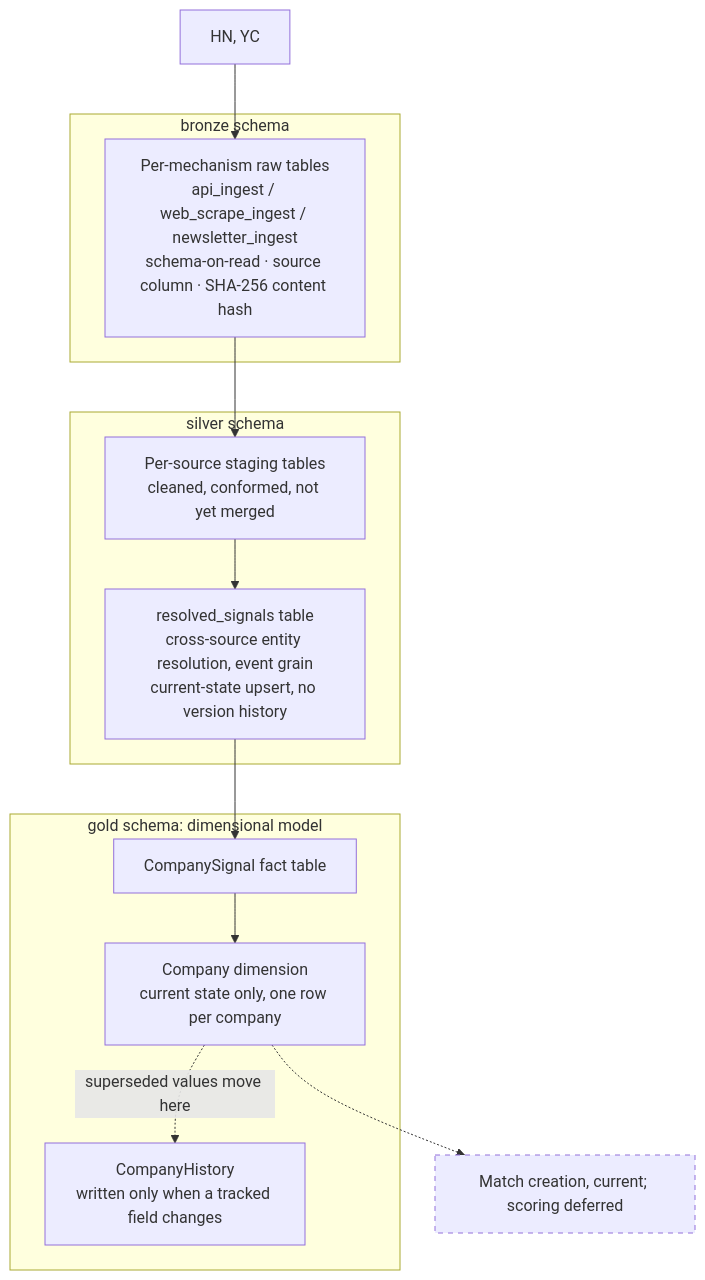
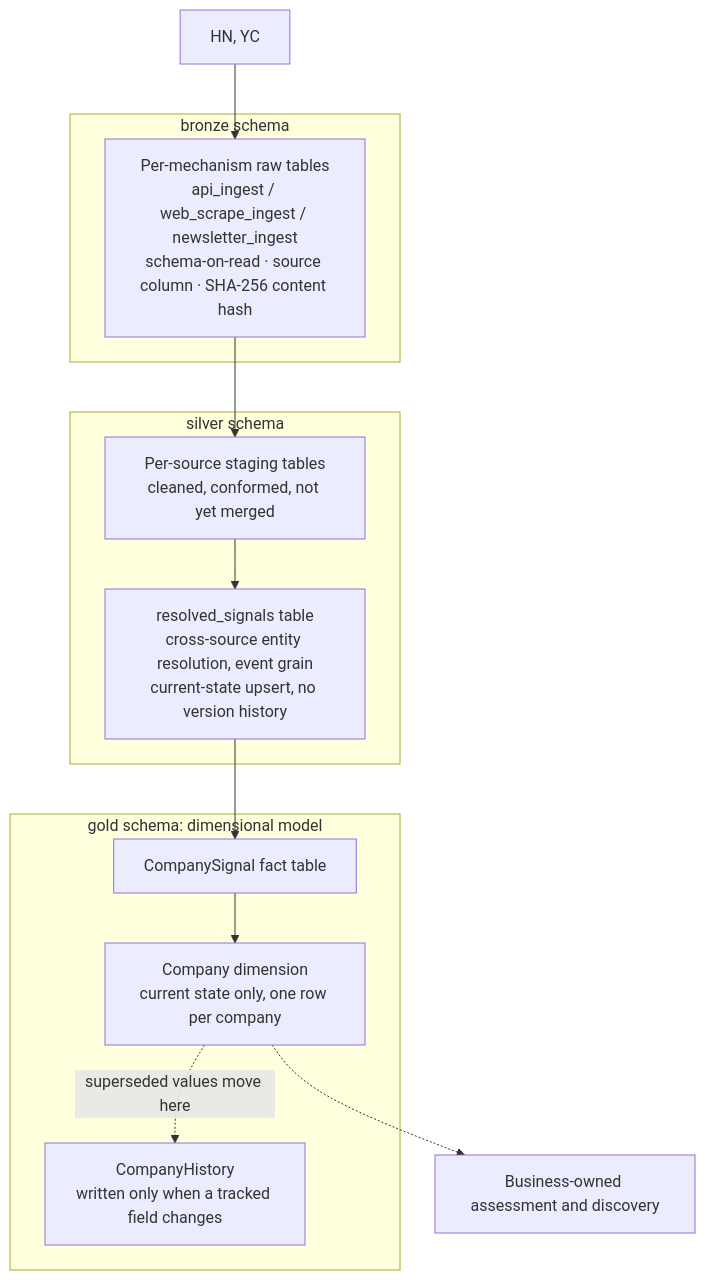
One commit to KhaledAwashreh/Huginn changed the second of 4 diagrams in docs/architecture.md. Above: the diagram before and after it, drawn with Mermaid. The commit also changed other lines of this file and 653 other files, not shown here.

````diff
--- a/docs/architecture.md
+++ b/docs/architecture.md
@@ -105,31 +106,29 @@
 ```mermaid
 flowchart TB
     SRC["HN, YC"]
 
     subgraph BRONZE["bronze schema"]
         BR["Per-mechanism raw tables<br/>api_ingest / web_scrape_ingest / newsletter_ingest<br/>schema-on-read · source column · SHA-256 content hash"]
     end
 
     subgraph SILVER["silver schema"]
         SS["Per-source staging tables<br/>cleaned, conformed, not yet merged"]
         SR["resolved_signals table<br/>cross-source entity resolution, event grain<br/>current-state upsert, no version history"]
         SS --> SR
     end
 
     subgraph GOLD["gold schema: dimensional model"]
         GD["Company dimension<br/>current state only, one row per company"]
         GH["CompanyHistory<br/>written only when a tracked field changes"]
         GF["CompanySignal fact table"]
         GF --> GD
         GD -.->|"superseded values move here"| GH
     end
 
-    MATCH["Match creation, current; scoring deferred"]
+    MATCH["Business-owned assessment and discovery"]
 
     SRC --> BR --> SS
     SR --> GF
     GD -.-> MATCH
 
-    classDef deferred stroke-dasharray: 5 5
-    class MATCH deferred
 ```
````
